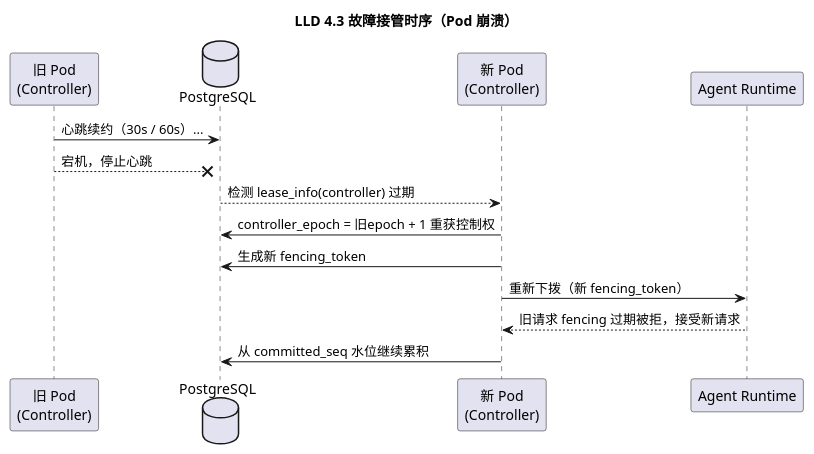
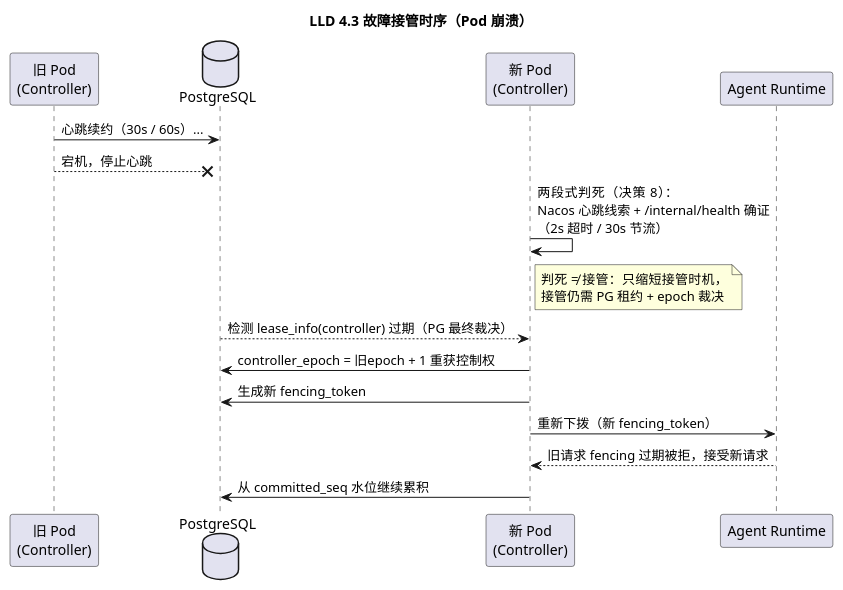
One commit to JamesLi-NLP/AgentGateway changed the third of 9 diagrams in design/diagrams/plantuml/turn-scheduler-lld.puml. Above: the diagram before and after it, drawn with PlantUML. The commit also changed other lines of this file and 13 other files, not shown here.

```diff
--- a/design/diagrams/plantuml/turn-scheduler-lld.puml
+++ b/design/diagrams/plantuml/turn-scheduler-lld.puml
@@ -61,19 +63,21 @@
 @startuml lld-43-takeover
 title LLD 4.3 故障接管时序（Pod 崩溃）
 skinparam backgroundColor white
 skinparam defaultFontName "Microsoft YaHei"
 
 participant "旧 Pod\n(Controller)" as OA
 database "PostgreSQL" as PG
 participant "新 Pod\n(Controller)" as NB
 participant "Agent Runtime" as RT
 
 OA -> PG : 心跳续约（30s / 60s）...
 OA -->X PG : 宕机，停止心跳
-PG --> NB : 检测 lease_info(controller) 过期
+NB -> NB : 两段式判死（决策 8）：\nNacos 心跳线索 + /internal/health 确证\n（2s 超时 / 30s 节流）
+note right of NB : 判死 ≠ 接管：只缩短接管时机，\n接管仍需 PG 租约 + epoch 裁决
+PG --> NB : 检测 lease_info(controller) 过期（PG 最终裁决）
 NB -> PG : controller_epoch = 旧epoch + 1 重获控制权
 NB -> PG : 生成新 fencing_token
 NB -> RT : 重新下拨（新 fencing_token）
 RT --> NB : 旧请求 fencing 过期被拒，接受新请求
 NB -> PG : 从 committed_seq 水位继续累积
 @enduml
```
